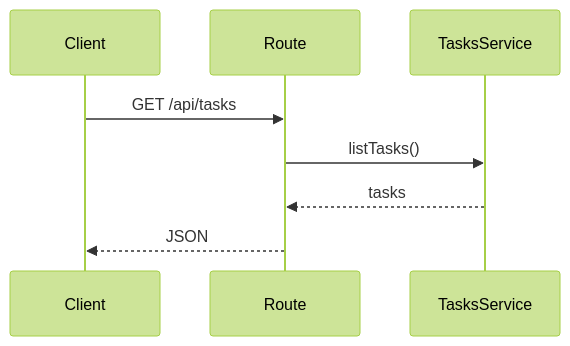
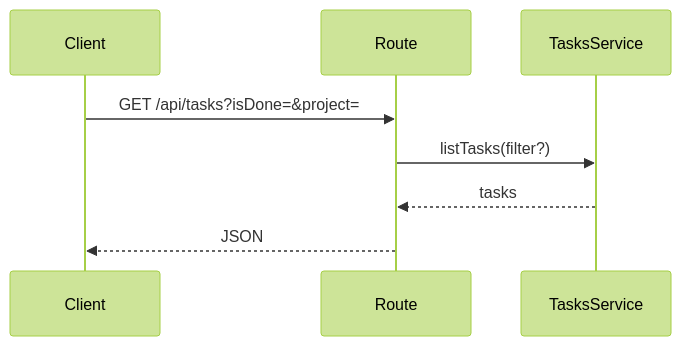
The seventh of 11 diagrams in src/backend/domains/tasks/README.md (TurtleStoffel/tektite-console), drawn with Mermaid (forest theme) before and after one commit. The commit also changed other lines of this file and 4 other files, not shown here.

````diff
--- a/src/backend/domains/tasks/README.md
+++ b/src/backend/domains/tasks/README.md
@@ -69,10 +81,10 @@
 ```mermaid
 sequenceDiagram
     participant Client
     participant Route
     participant TasksService
-    Client->>Route: GET /api/tasks
-    Route->>TasksService: listTasks()
+    Client->>Route: GET /api/tasks?isDone=&project=
+    Route->>TasksService: listTasks(filter?)
     TasksService-->>Route: tasks
     Route-->>Client: JSON
 ```
````
